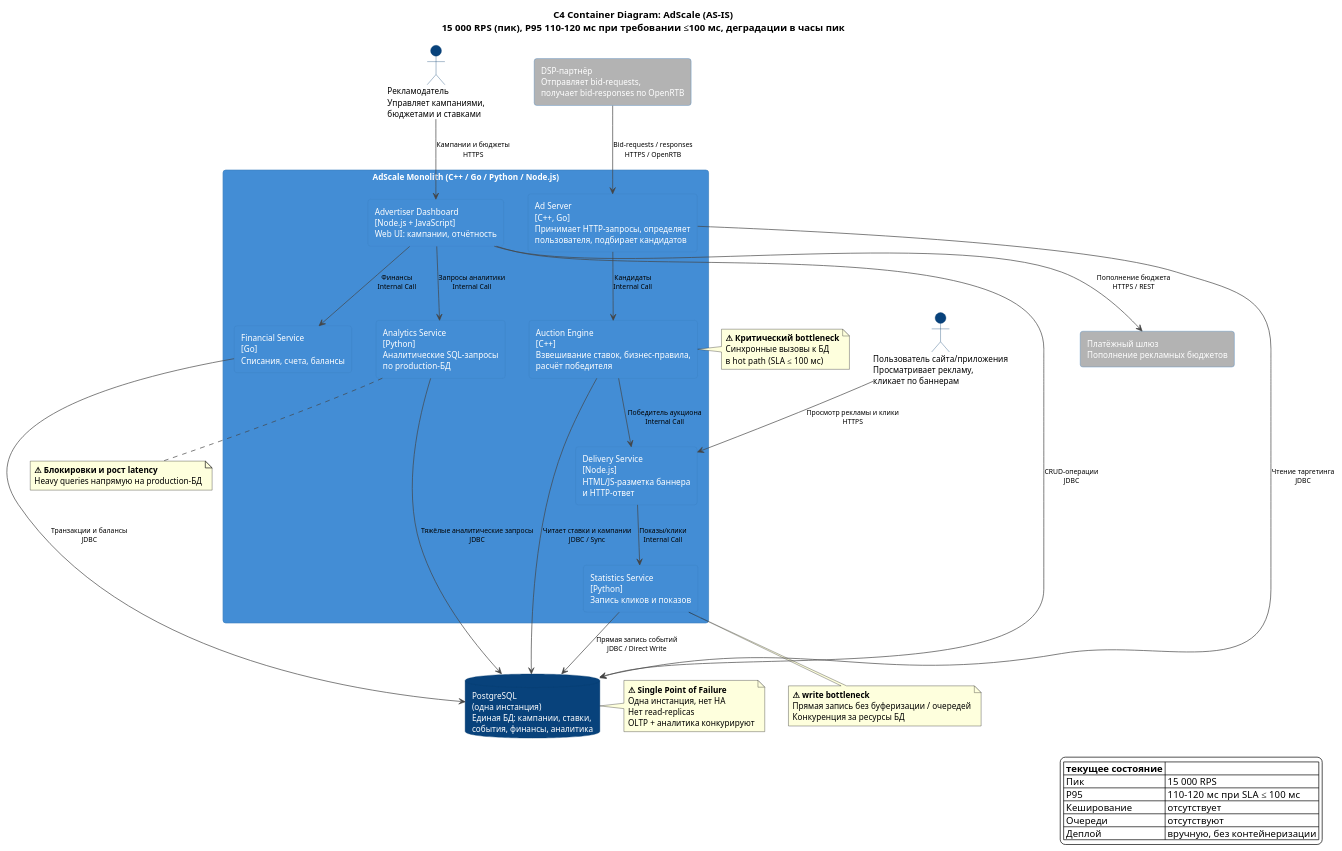
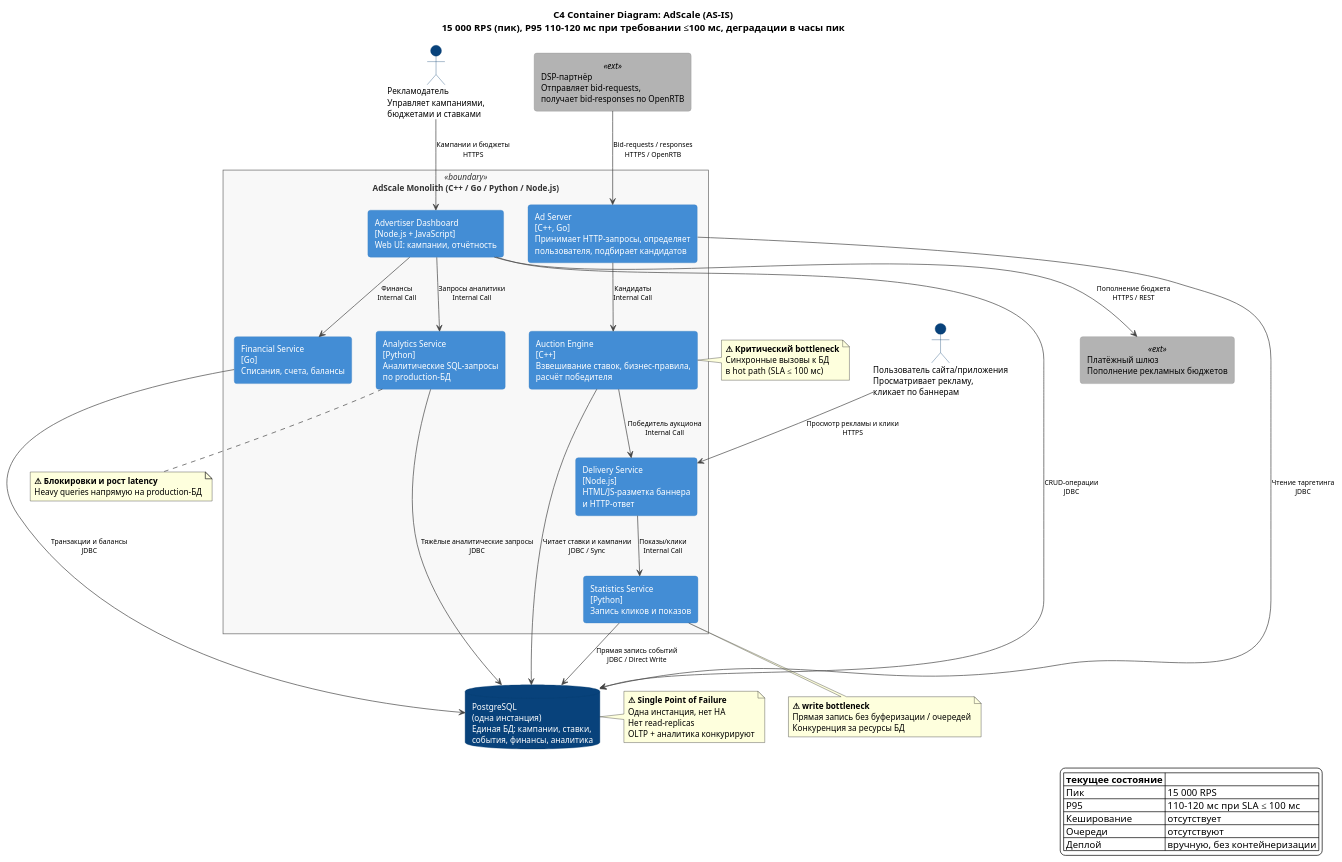
The diagram in Task1/diagrams/as-is.puml (Monderlog/Solution-AdScale), drawn with PlantUML before and after one commit. The commit also changed 1 other file, not shown here.

```diff
--- a/Task1/diagrams/as-is.puml
+++ b/Task1/diagrams/as-is.puml
@@ -1,94 +1,106 @@
 @startuml
 top to bottom direction
 skinparam backgroundColor #FFFFFF
 skinparam defaultFontSize 12
 skinparam ArrowColor #444444
 skinparam ArrowFontSize 10
 skinparam rectangle {
   BackgroundColor #438DD5
   FontColor #FFFFFF
   BorderColor #3C7FC0
   RoundCorner 8
+}
+skinparam rectangle<<boundary>> {
+  BackgroundColor #F8F8F8
+  FontColor #333333
+  BorderColor #666666
+  BorderStyle solid
+  RoundCorner 0
+}
+skinparam rectangle<<ext>> {
+  BackgroundColor #B3B3B3
+  FontColor #000000
+  BorderColor #8F8F8F
 }
 skinparam database {
   BackgroundColor #08427B
   FontColor #FFFFFF
   BorderColor #073B6F
 }
 skinparam actor {
   BackgroundColor #08427B
   BorderColor #073B6F
 }
 
 title C4 Container Diagram: AdScale (AS-IS)\n15 000 RPS (пик), P95 110-120 мс при требовании ≤100 мс, деградации в часы пик
 
 actor "Рекламодатель\nУправляет кампаниями,\nбюджетами и ставками" as advertiser
 actor "Пользователь сайта/приложения\nПросматривает рекламу,\nкликает по баннерам" as endUser
 
-rectangle "DSP-партнёр\nОтправляет bid-requests,\nполучает bid-responses по OpenRTB" as dspPartner #B3B3B3
-rectangle "Платёжный шлюз\nПополнение рекламных бюджетов" as paymentGateway #B3B3B3
+rectangle "DSP-партнёр\nОтправляет bid-requests,\nполучает bid-responses по OpenRTB" as dspPartner <<ext>>
+rectangle "Платёжный шлюз\nПополнение рекламных бюджетов" as paymentGateway <<ext>>
 
-rectangle "AdScale Monolith (C++ / Go / Python / Node.js)" as monolith {
+rectangle "AdScale Monolith (C++ / Go / Python / Node.js)" as monolith <<boundary>> {
   rectangle "Ad Server\n[C++, Go]\nПринимает HTTP-запросы, определяет\nпользователя, подбирает кандидатов" as adServer
   rectangle "Auction Engine\n[C++]\nВзвешивание ставок, бизнес-правила,\nрасчёт победителя" as auctionEngine
   rectangle "Delivery Service\n[Node.js]\nHTML/JS-разметка баннера\nи HTTP-ответ" as deliveryService
   rectangle "Statistics Service\n[Python]\nЗапись кликов и показов" as statsService
   rectangle "Financial Service\n[Go]\nСписания, счета, балансы" as financialService
   rectangle "Analytics Service\n[Python]\nАналитические SQL-запросы\nпо production-БД" as analyticsService
   rectangle "Advertiser Dashboard\n[Node.js + JavaScript]\nWeb UI: кампании, отчётность" as adCabinet
 }
 
 database "PostgreSQL\n(одна инстанция)\nЕдиная БД: кампании, ставки,\nсобытия, финансы, аналитика" as postgres
 
 dspPartner --> adServer : Bid-requests / responses\nHTTPS / OpenRTB
 endUser --> deliveryService : Просмотр рекламы и клики\nHTTPS
 advertiser --> adCabinet : Кампании и бюджеты\nHTTPS
 adCabinet --> paymentGateway : Пополнение бюджета\nHTTPS / REST
 
 adServer --> auctionEngine : Кандидаты\nInternal Call
 auctionEngine --> deliveryService : Победитель аукциона\nInternal Call
 deliveryService --> statsService : Показы/клики\nInternal Call
 adCabinet --> financialService : Финансы\nInternal Call
 adCabinet --> analyticsService : Запросы аналитики\nInternal Call
 
 auctionEngine --> postgres : Читает ставки и кампании\nJDBC / Sync
 statsService --> postgres : Прямая запись событий\nJDBC / Direct Write
 financialService --> postgres : Транзакции и балансы\nJDBC
 analyticsService --> postgres : Тяжёлые аналитические запросы\nJDBC
 adCabinet --> postgres : CRUD-операции\nJDBC
 adServer --> postgres : Чтение таргетинга\nJDBC
 
 note right of auctionEngine
   **⚠ Критический bottleneck**
   Синхронные вызовы к БД
   в hot path (SLA ≤ 100 мс)
 end note
 
 note right of postgres
   **⚠ Single Point of Failure**
   Одна инстанция, нет HA
   Нет read-replicas
   OLTP + аналитика конкурируют
 end note
 
 note bottom of statsService
   **⚠ write bottleneck**
   Прямая запись без буферизации / очередей
   Конкуренция за ресурсы БД
 end note
 
 note bottom of analyticsService
   **⚠ Блокировки и рост latency**
   Heavy queries напрямую на production-БД
 end note
 
 legend right
 |= текущее состояние |= |
 | Пик | 15 000 RPS |
 | P95 | 110-120 мс при SLA ≤ 100 мс |
 | Кеширование | отсутствует |
 | Очереди | отсутствуют |
 | Деплой | вручную, без контейнеризации |
 endlegend
 
 @enduml
```
